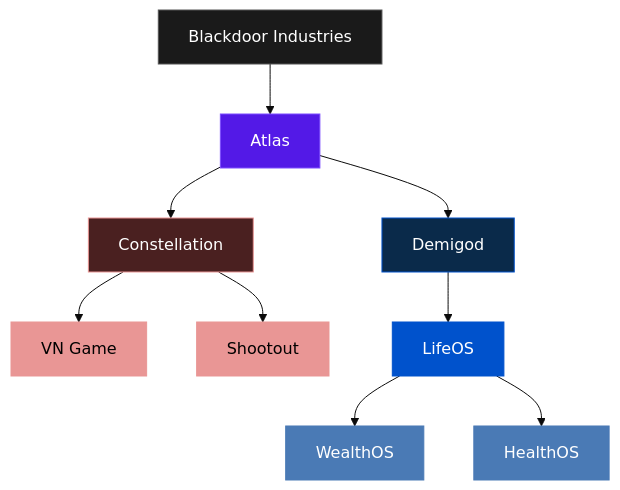
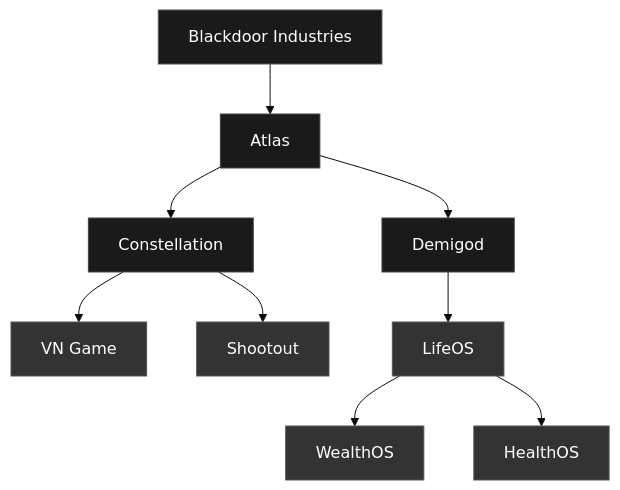
Before and after one commit to Blackdoor-Industries/.github: the first of 2 diagrams in profile/README.md, drawn with Mermaid (base theme). The commit also changed other lines of this file and 2 other files, not shown here.

````diff
--- a/profile/README.md
+++ b/profile/README.md
@@ -62,31 +45,31 @@
 ```mermaid
 graph TD
     BD["Blackdoor Industries"]
     ATLAS["Atlas"]
     CONST["Constellation"]
     DEMI["Demigod"]
     VN["VN Game"]
     SHOOT["Shootout"]
     LIFE["LifeOS"]
     WEALTH["WealthOS"]
     HEALTH["HealthOS"]
 
     BD --> ATLAS
     ATLAS --> CONST
     ATLAS --> DEMI
     CONST --> VN
     CONST --> SHOOT
     DEMI --> LIFE
     LIFE --> WEALTH
     LIFE --> HEALTH
 
     style BD fill:#1a1a1a,stroke:#555,color:#fff
-    style ATLAS fill:#5319e7,color:#fff,stroke:#7c4dff
-    style CONST fill:#4a2020,color:#fff,stroke:#e99695
-    style DEMI fill:#0a2a4a,color:#fff,stroke:#0052cc
-    style VN fill:#e99695,color:#000,stroke:#e99695
-    style SHOOT fill:#e99695,color:#000,stroke:#e99695
-    style LIFE fill:#0052cc,color:#fff,stroke:#0052cc
-    style WEALTH fill:#4a7ab5,color:#fff,stroke:#4a7ab5
-    style HEALTH fill:#4a7ab5,color:#fff,stroke:#4a7ab5
+    style ATLAS fill:#1a1a1a,color:#fff,stroke:#444
+    style CONST fill:#1a1a1a,color:#fff,stroke:#444
+    style DEMI fill:#1a1a1a,color:#fff,stroke:#444
+    style VN fill:#333,color:#fff,stroke:#555
+    style SHOOT fill:#333,color:#fff,stroke:#555
+    style LIFE fill:#333,color:#fff,stroke:#555
+    style WEALTH fill:#333,color:#fff,stroke:#555
+    style HEALTH fill:#333,color:#fff,stroke:#555
 ```
````
